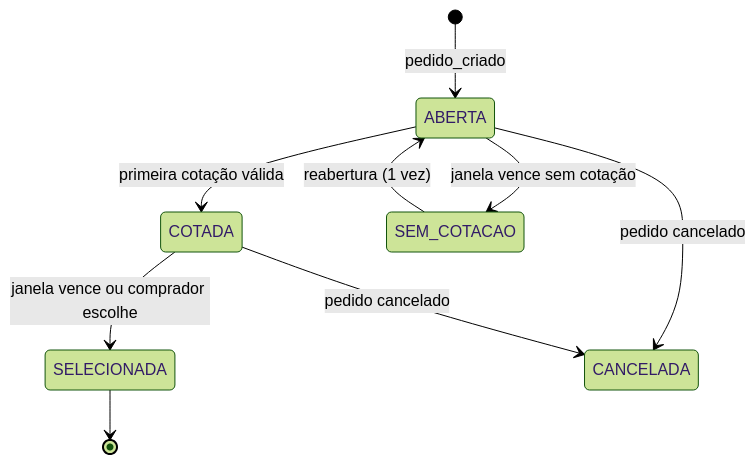
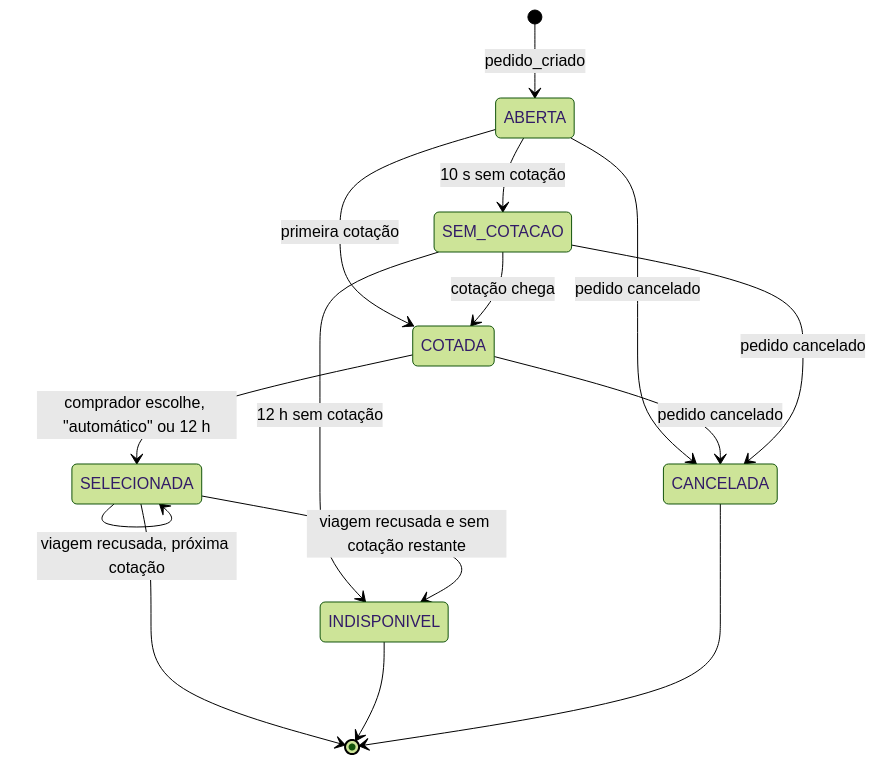
Before and after one commit to ArrozbR/portal-b2b-logistica-transporte: the third of 4 diagrams in docs/02-arquitetura-proposta.md, drawn with Mermaid (forest theme). The commit also changed other lines of this file and 9 other files, not shown here.

````diff
--- a/docs/02-arquitetura-proposta.md
+++ b/docs/02-arquitetura-proposta.md
@@ -103,11 +113,17 @@
 ```mermaid
 stateDiagram-v2
     [*] --> ABERTA: pedido_criado
-    ABERTA --> COTADA: primeira cotação válida
-    COTADA --> SELECIONADA: janela vence ou comprador escolhe
-    ABERTA --> SEM_COTACAO: janela vence sem cotação
-    SEM_COTACAO --> ABERTA: reabertura (1 vez)
+    ABERTA --> COTADA: primeira cotação
+    ABERTA --> SEM_COTACAO: 10 s sem cotação
+    SEM_COTACAO --> COTADA: cotação chega
+    COTADA --> SELECIONADA: comprador escolhe, "automático" ou 12 h
+    SELECIONADA --> SELECIONADA: viagem recusada, próxima cotação
+    SEM_COTACAO --> INDISPONIVEL: 12 h sem cotação
+    SELECIONADA --> INDISPONIVEL: viagem recusada e sem cotação restante
     ABERTA --> CANCELADA: pedido cancelado
     COTADA --> CANCELADA: pedido cancelado
+    SEM_COTACAO --> CANCELADA: pedido cancelado
     SELECIONADA --> [*]
+    INDISPONIVEL --> [*]
+    CANCELADA --> [*]
 ```
````
